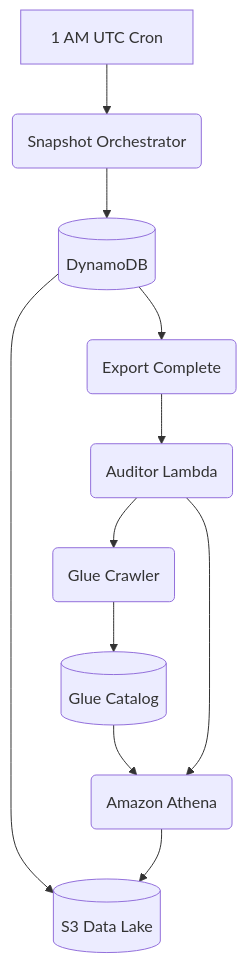
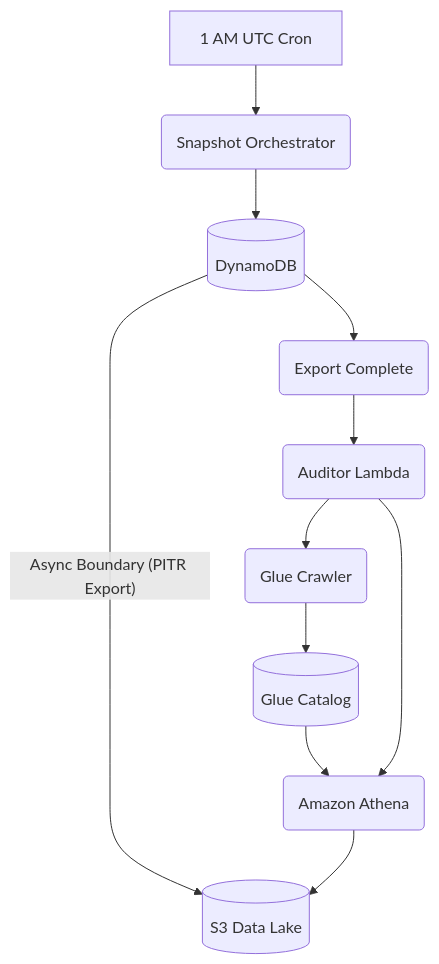
Before and after one commit to sphoortimirji5/Serverless-Privacy-Signal-Analyzer: the diagram in README.md, drawn with Mermaid. The commit also changed other lines of this file and 4 other files, not shown here.

````diff
--- a/README.md
+++ b/README.md
@@ -7,23 +23,13 @@
 ```mermaid
 flowchart TD
-    Cron --> SnapshotLambda
-    SnapshotLambda --> DDB
-    DDB --> S3
-    DDB --> ExportEvent
-    ExportEvent --> Auditor
-    Auditor --> Crawler
-    Crawler --> Catalog
-    Catalog --> Athena
+    Cron["1 AM UTC Cron"] --> SnapshotLambda("Snapshot Orchestrator")
+    SnapshotLambda --> DDB[("DynamoDB")]
+    DDB -- "Async Boundary (PITR Export)" --> S3[("S3 Data Lake")]
+    DDB --> ExportEvent("Export Complete")
+    ExportEvent --> Auditor("Auditor Lambda")
+    Auditor --> Crawler("Glue Crawler")
+    Crawler --> Catalog[("Glue Catalog")]
+    Catalog --> Athena("Amazon Athena")
     Auditor --> Athena
     Athena --> S3
-
-    Cron["1 AM UTC Cron"]
-    SnapshotLambda("Snapshot Orchestrator")
-    DDB[("DynamoDB")]
-    S3[("S3 Data Lake")]
-    ExportEvent("Export Complete")
-    Auditor("Auditor Lambda")
-    Crawler("Glue Crawler")
-    Catalog[("Glue Catalog")]
-    Athena("Amazon Athena")
 ```
````
